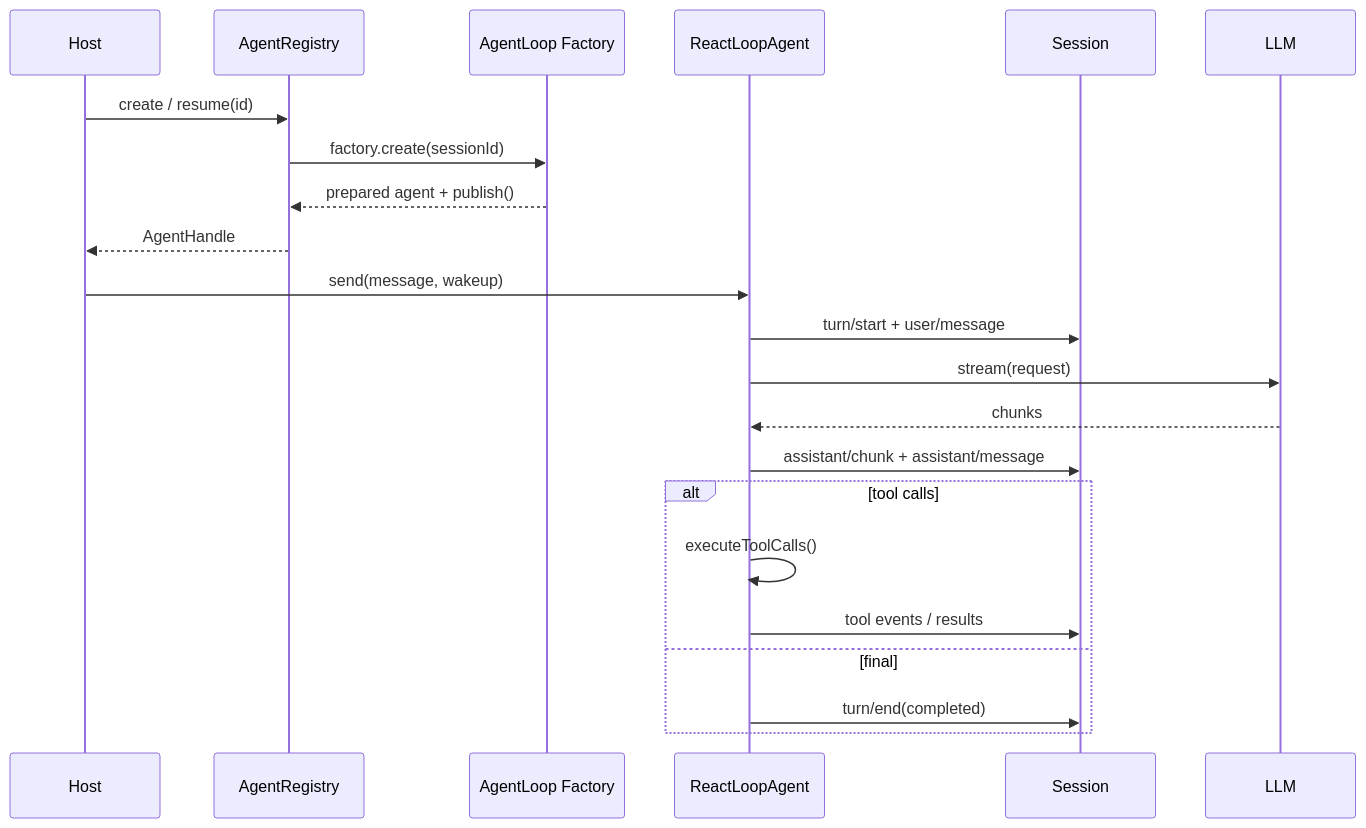
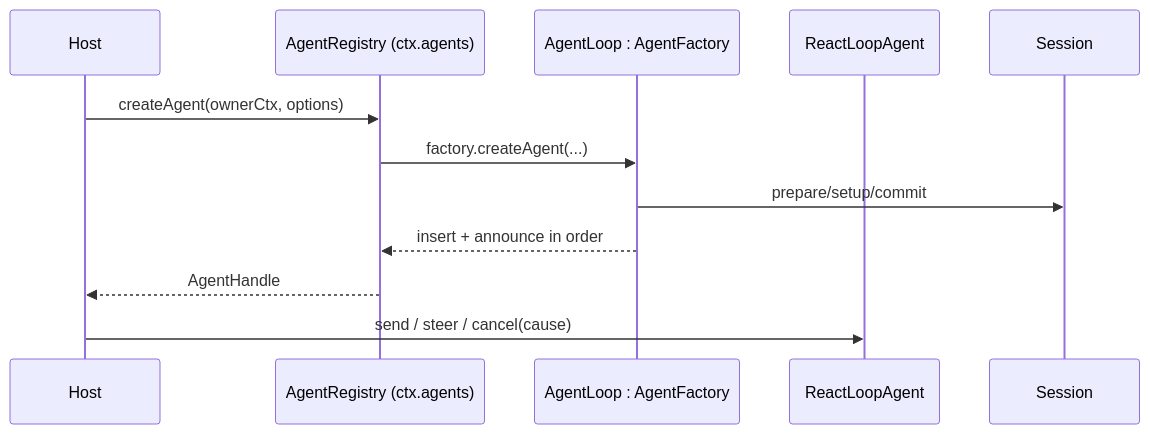
One commit to xiaoslin9153/awesome-agent-harness-tutorial changed the second of 2 diagrams in tutorial/zh-CN/03-frameworks/deepseek-harness/overview.md. Above: the diagram before and after it, drawn with Mermaid. The commit also changed other lines of this file and 3 other files, not shown here.

````diff
--- a/tutorial/zh-CN/03-frameworks/deepseek-harness/overview.md
+++ b/tutorial/zh-CN/03-frameworks/deepseek-harness/overview.md
@@ -104,24 +93,14 @@
 ```mermaid
 sequenceDiagram
   participant H as Host
-  participant R as AgentRegistry
-  participant F as AgentLoop Factory
+  participant R as AgentRegistry (ctx.agents)
+  participant F as AgentLoop : AgentFactory
   participant A as ReactLoopAgent
   participant S as Session
-  participant L as LLM
-  H->>R: create / resume(id)
-  R->>F: factory.create(sessionId)
-  F-->>R: prepared agent + publish()
+  H->>R: createAgent(ownerCtx, options)
+  R->>F: factory.createAgent(...)
+  F->>S: prepare/setup/commit
+  F-->>R: insert + announce in order
   R-->>H: AgentHandle
-  H->>A: send(message, wakeup)
-  A->>S: turn/start + user/message
-  A->>L: stream(request)
-  L-->>A: chunks
-  A->>S: assistant/chunk + assistant/message
-  alt tool calls
-    A->>A: executeToolCalls()
-    A->>S: tool events / results
-  else final
-    A->>S: turn/end(completed)
-  end
+  H->>A: send / steer / cancel(cause)
 ```
````
